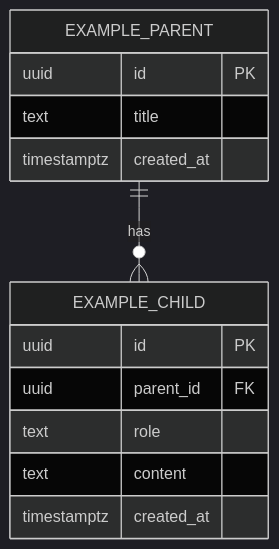
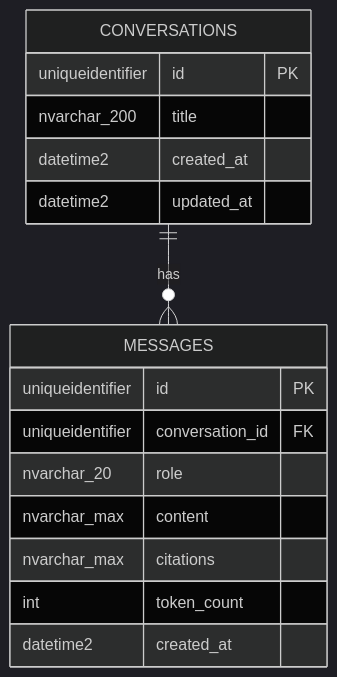
Before and after one commit to YasserAly13/TAChatbot: the diagram in docs/design/db-design.md, drawn with Mermaid (dark theme). The commit also changed other lines of this file and 5 other files, not shown here.

First line of the commit message:
docs: apply architecture review answers

````diff
--- a/docs/design/db-design.md
+++ b/docs/design/db-design.md
@@ -21,16 +21,19 @@
 ```mermaid
 erDiagram
-    EXAMPLE_PARENT ||--o{ EXAMPLE_CHILD : has
-    EXAMPLE_PARENT {
-        uuid id PK
-        text title
-        timestamptz created_at
+    CONVERSATIONS ||--o{ MESSAGES : has
+    CONVERSATIONS {
+        uniqueidentifier id PK
+        nvarchar_200 title
+        datetime2 created_at
+        datetime2 updated_at
     }
-    EXAMPLE_CHILD {
-        uuid id PK
-        uuid parent_id FK
-        text role
-        text content
-        timestamptz created_at
+    MESSAGES {
+        uniqueidentifier id PK
+        uniqueidentifier conversation_id FK
+        nvarchar_20 role
+        nvarchar_max content
+        nvarchar_max citations
+        int token_count
+        datetime2 created_at
     }
 ```
````
